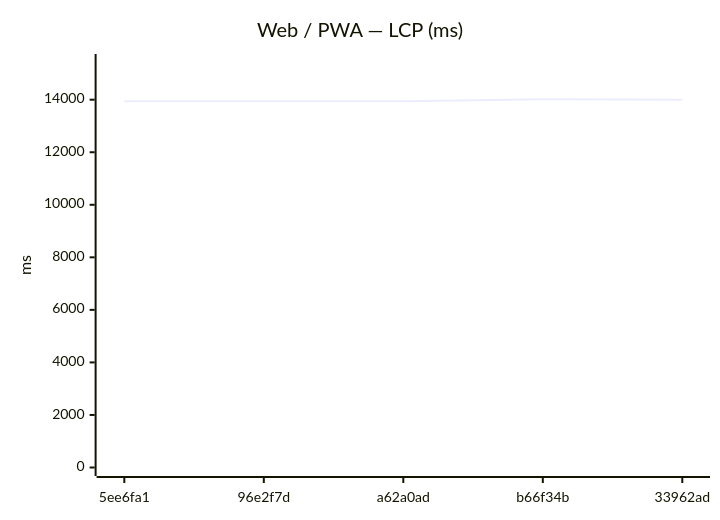
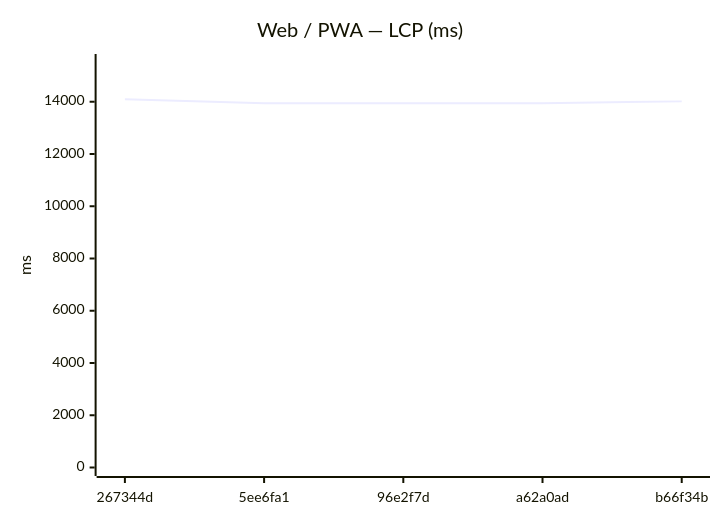
Before and after one commit to Metaheurist/Rianell: the seventh of 18 diagrams in benchmarks/compare.md, drawn with Mermaid. The commit also changed other lines of this file and 11 other files, not shown here.

````diff
--- a/benchmarks/compare.md
+++ b/benchmarks/compare.md
@@ -117,7 +117,7 @@
 ```mermaid
 xychart-beta
     title "Web / PWA — LCP (ms)"
-    x-axis ["5ee6fa1", "96e2f7d", "a62a0ad", "b66f34b", "33962ad"]
-    y-axis "ms" 0 --> 15416
-    line [13942, 13945, 13945, 14014, 13997]
+    x-axis ["267344d", "5ee6fa1", "96e2f7d", "a62a0ad", "b66f34b"]
+    y-axis "ms" 0 --> 15502
+    line [14092, 13942, 13945, 13945, 14014]
 ```
````
